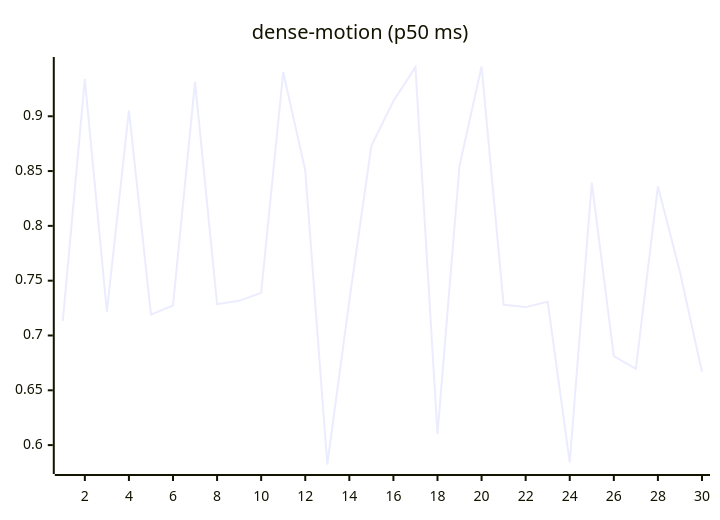
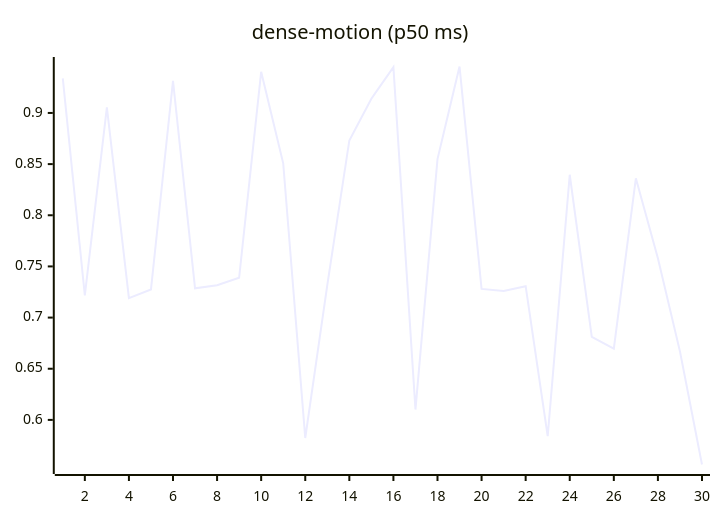
One commit to josha/Facet changed the ninth of 27 diagrams in README.md. Above: the diagram before and after it, drawn with Mermaid. The commit also changed other lines of this file and 2 other files, not shown here.

````diff
--- a/README.md
+++ b/README.md
@@ -119,6 +119,6 @@
 ```mermaid
 xychart-beta
     title "dense-motion (p50 ms)"
     x-axis 1 --> 30
-    line [0.7134, 0.9338, 0.7216, 0.9055, 0.7190, 0.7274, 0.9314, 0.7286, 0.7316, 0.7389, 0.9402, 0.8508, 0.5823, 0.7317, 0.8731, 0.9139, 0.9448, 0.6101, 0.8549, 0.9454, 0.7280, 0.7259, 0.7307, 0.5841, 0.8396, 0.6811, 0.6696, 0.8361, 0.7579, 0.6670]
+    line [0.9338, 0.7216, 0.9055, 0.7190, 0.7274, 0.9314, 0.7286, 0.7316, 0.7389, 0.9402, 0.8508, 0.5823, 0.7317, 0.8731, 0.9139, 0.9448, 0.6101, 0.8549, 0.9454, 0.7280, 0.7259, 0.7307, 0.5841, 0.8396, 0.6811, 0.6696, 0.8361, 0.7579, 0.6670, 0.5564]
 ```
````
